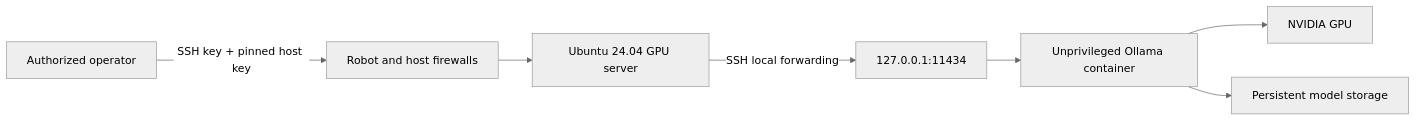
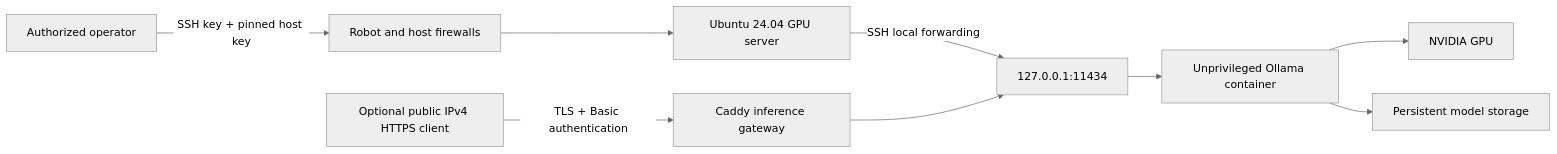
The diagram in README.md (thuban-arrakis/hetzner-gpu-llm-ansible), drawn with Mermaid (neutral theme) before and after one commit. The commit also changed other lines of this file and 43 other files, not shown here.

````diff
--- a/README.md
+++ b/README.md
@@ -15,9 +18,11 @@
 ```mermaid
 flowchart LR
     C[Authorized operator] -->|SSH key + pinned host key| F[Robot and host firewalls]
     F --> H[Ubuntu 24.04 GPU server]
     H -->|SSH local forwarding| A[127.0.0.1:11434]
     A --> O[Unprivileged Ollama container]
     O --> G[NVIDIA GPU]
     O --> V[Persistent model storage]
+    P[Optional public IPv4 HTTPS client] -->|TLS + Basic authentication| T[Caddy inference gateway]
+    T --> A
 ```
````
